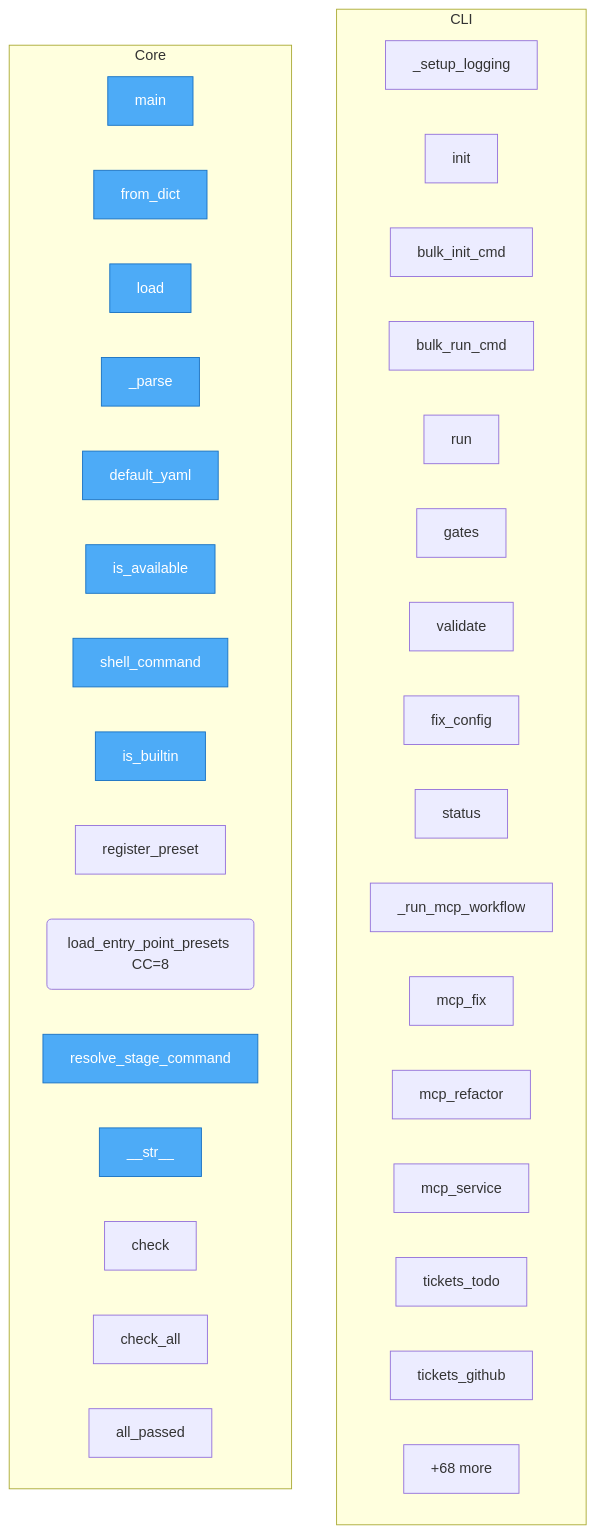
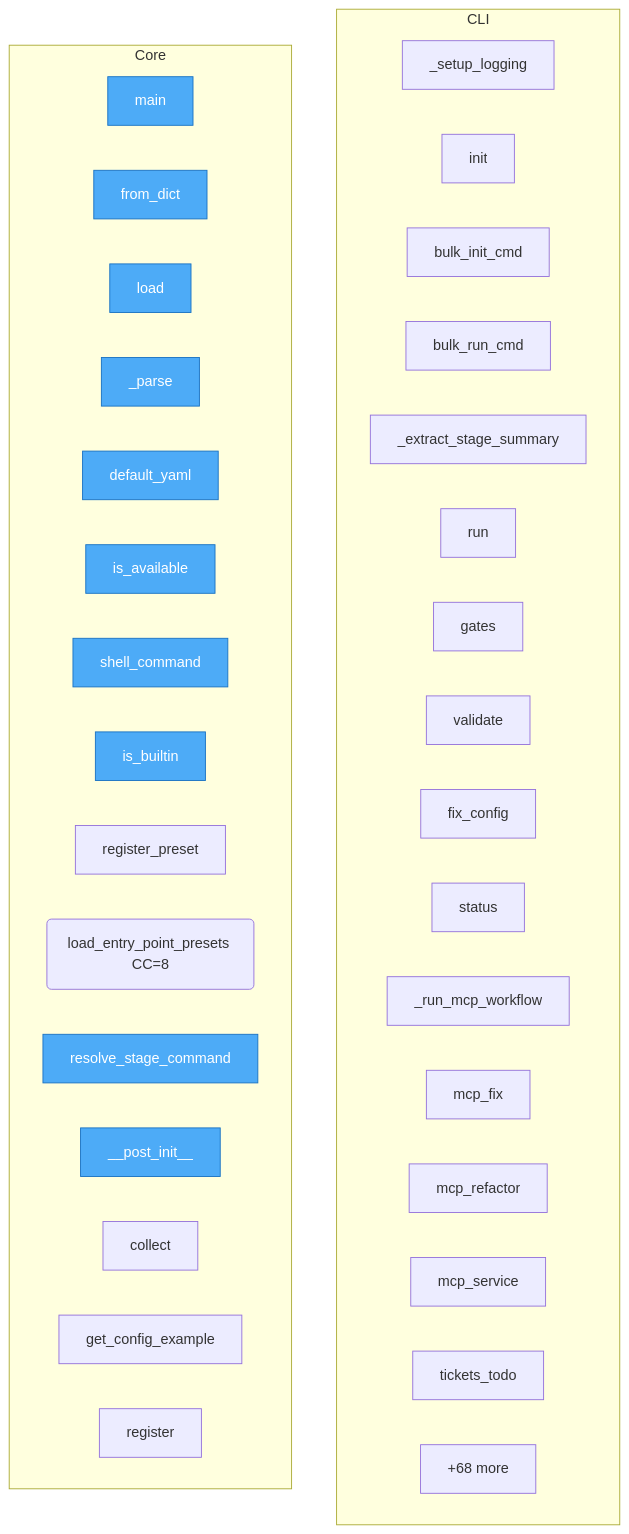
The diagram in project/flow.mmd (semcod/pyqual), drawn with Mermaid before and after one commit. The commit also changed 23 other files, not shown here.

```diff
--- a/project/flow.mmd
+++ b/project/flow.mmd
@@ -1,44 +1,44 @@
 flowchart TD
 
     %% Entry points (blue)
     classDef entry fill:#4dabf7,stroke:#1971c2,color:#fff
 
     subgraph CLI
         pyqual__cli___setup_logging["_setup_logging"]
         pyqual__cli__init["init"]
         pyqual__cli__bulk_init_cmd["bulk_init_cmd"]
         pyqual__cli__bulk_run_cmd["bulk_run_cmd"]
+        pyqual__cli___extract_stage_summary["_extract_stage_summary"]
         pyqual__cli__run["run"]
         pyqual__cli__gates["gates"]
         pyqual__cli__validate["validate"]
         pyqual__cli__fix_config["fix_config"]
         pyqual__cli__status["status"]
         pyqual__cli___run_mcp_workflow["_run_mcp_workflow"]
         pyqual__cli__mcp_fix["mcp_fix"]
         pyqual__cli__mcp_refactor["mcp_refactor"]
         pyqual__cli__mcp_service["mcp_service"]
         pyqual__cli__tickets_todo["tickets_todo"]
-        pyqual__cli__tickets_github["tickets_github"]
-        ...["+15 more"]
+        ...["+16 more"]
     end
 
     subgraph Core
         run_analysis__main["main"]
         pyqual__config__GateConfig__from_dict["from_dict"]
         pyqual__config__PyqualConfig__load["load"]
         pyqual__config__PyqualConfig___parse["_parse"]
         pyqual__config__PyqualConfig__default_yaml["default_yaml"]
         pyqual__tools__ToolPreset__is_available["is_available"]
         pyqual__tools__ToolPreset__shell_command["shell_command"]
         pyqual__tools__is_builtin["is_builtin"]
         pyqual__tools__register_preset["register_preset"]
         pyqual__tools__load_entry_point_presets("load_entry_point_presets CC=8")
         pyqual__tools__resolve_stage_command["resolve_stage_command"]
-        pyqual__gates__GateResult____str__["__str__"]
-        pyqual__gates__Gate__check["check"]
-        pyqual__gates__GateSet__check_all["check_all"]
-        pyqual__gates__GateSet__all_passed["all_passed"]
+        pyqual__plugins__PluginMetadata____post_init__["__post_init__"]
+        pyqual__plugins__MetricCollector__collect["collect"]
+        pyqual__plugins__MetricCollector__get_config_example["get_config_example"]
+        pyqual__plugins__PluginRegistry__register["register"]
         ...["+68 more"]
     end
 
-    class run_analysis__main,pyqual__config__GateConfig__from_dict,pyqual__config__PyqualConfig__load,pyqual__config__PyqualConfig___parse,pyqual__config__PyqualConfig__default_yaml,pyqual__tools__ToolPreset__is_available,pyqual__tools__ToolPreset__shell_command,pyqual__tools__is_builtin,pyqual__tools__resolve_stage_command,pyqual__gates__GateResult____str__ entry
+    class run_analysis__main,pyqual__config__GateConfig__from_dict,pyqual__config__PyqualConfig__load,pyqual__config__PyqualConfig___parse,pyqual__config__PyqualConfig__default_yaml,pyqual__tools__ToolPreset__is_available,pyqual__tools__ToolPreset__shell_command,pyqual__tools__is_builtin,pyqual__tools__resolve_stage_command,pyqual__plugins__PluginMetadata____post_init__ entry
```
